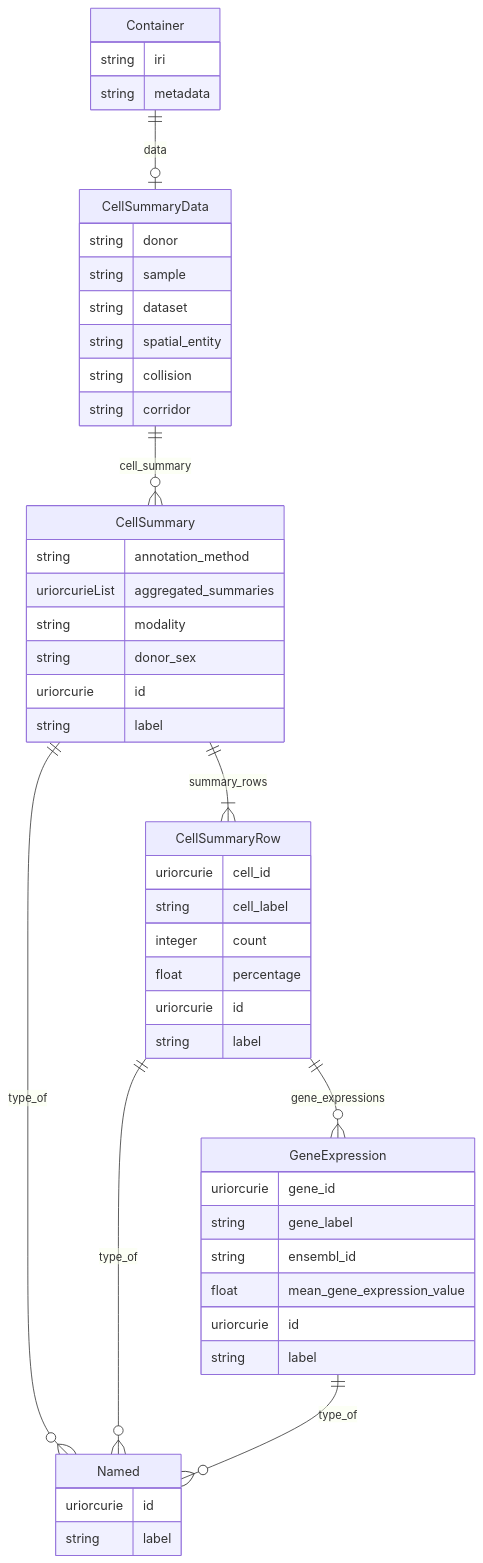
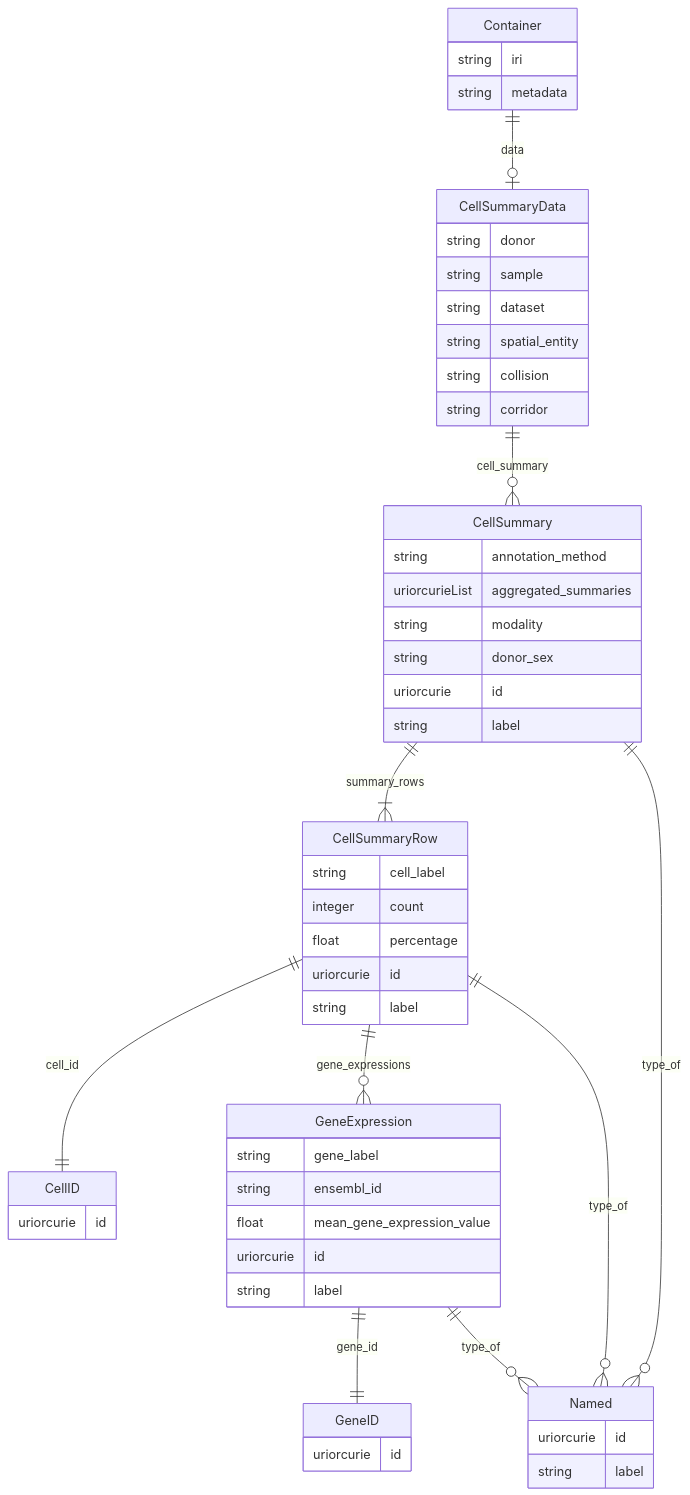
Before and after one commit to hubmapconsortium/hra-do-processor: the fourth of 18 diagrams in er-diagrams.md, drawn with Mermaid. The commit also changed other lines of this file and 12 other files, not shown here.

````diff
--- a/er-diagrams.md
+++ b/er-diagrams.md
@@ -214,52 +217,58 @@
 ```mermaid
 erDiagram
 Container {
     string iri  
     string metadata  
 }
 CellSummaryData {
     string donor  
     string sample  
     string dataset  
     string spatial_entity  
     string collision  
     string corridor  
 }
 CellSummary {
     string annotation_method  
     uriorcurieList aggregated_summaries  
     string modality  
     string donor_sex  
     uriorcurie id  
     string label  
 }
 Named {
     uriorcurie id  
     string label  
 }
 CellSummaryRow {
-    uriorcurie cell_id  
     string cell_label  
     integer count  
     float percentage  
     uriorcurie id  
     string label  
 }
 GeneExpression {
-    uriorcurie gene_id  
     string gene_label  
     string ensembl_id  
     float mean_gene_expression_value  
     uriorcurie id  
     string label  
 }
+GeneID {
+    uriorcurie id  
+}
+CellID {
+    uriorcurie id  
+}
 
 Container ||--|o CellSummaryData : "data"
 CellSummaryData ||--}o CellSummary : "cell_summary"
 CellSummary ||--}| CellSummaryRow : "summary_rows"
 CellSummary ||--}o Named : "type_of"
+CellSummaryRow ||--|| CellID : "cell_id"
 CellSummaryRow ||--}o GeneExpression : "gene_expressions"
 CellSummaryRow ||--}o Named : "type_of"
+GeneExpression ||--|| GeneID : "gene_id"
 GeneExpression ||--}o Named : "type_of"
 
 ```
````
